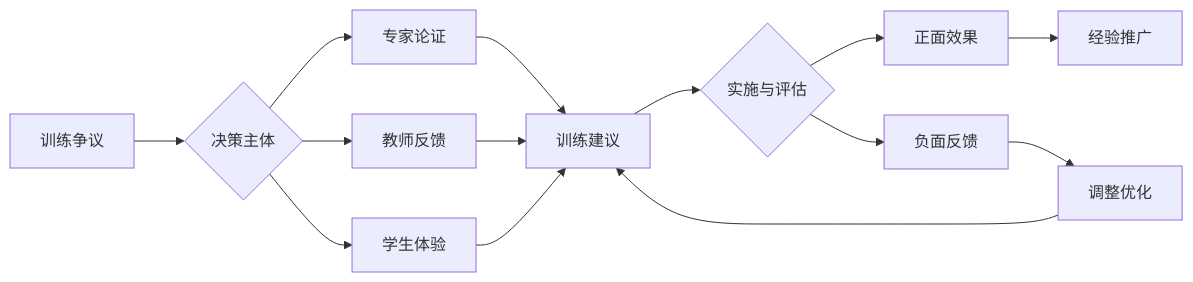
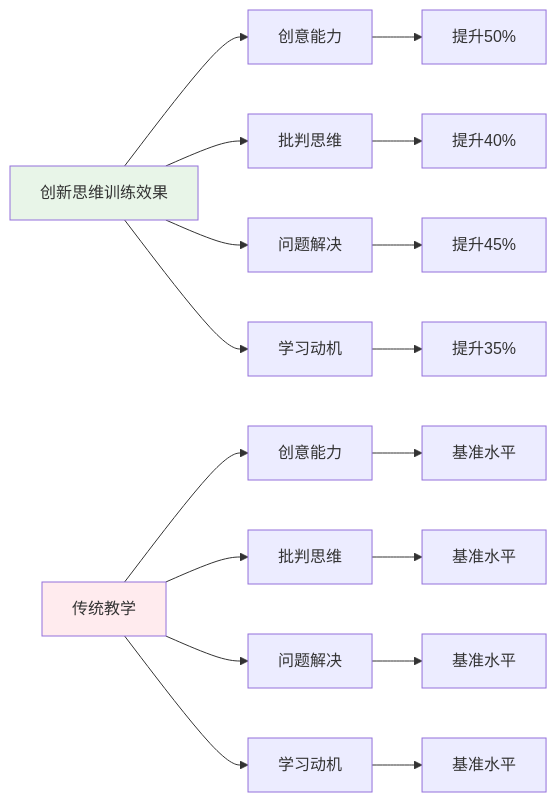
One commit to AdaMartin18010/SeniorEnducation changed the fifth of 7 diagrams in 03-应用实践领域/02-创新思维训练.md. Above: the diagram before and after it, drawn with Mermaid. The commit also changed other lines of this file and 16 other files, not shown here.

````diff
--- a/03-应用实践领域/02-创新思维训练.md
+++ b/03-应用实践领域/02-创新思维训练.md
@@ -210,16 +220,25 @@
 ```mermaid
 graph LR
-    A[训练争议] --> B{决策主体}
-    B --> C[专家论证]
-    B --> D[教师反馈]
-    B --> E[学生体验]
-    C --> F[训练建议]
-    D --> F
-    E --> F
-    F --> G{实施与评估}
-    G --> H[正面效果]
-    G --> I[负面反馈]
-    I --> J[调整优化]
-    H --> K[经验推广]
-    J --> F
+    A[创新思维训练效果] --> B[创意能力]
+    A --> C[批判思维]
+    A --> D[问题解决]
+    A --> E[学习动机]
+    
+    B --> B1[提升50%]
+    C --> C1[提升40%]
+    D --> D1[提升45%]
+    E --> E1[提升35%]
+    
+    F[传统教学] --> G[创意能力]
+    F --> H[批判思维]
+    F --> I[问题解决]
+    F --> J[学习动机]
+    
+    G --> G1[基准水平]
+    H --> H1[基准水平]
+    I --> I1[基准水平]
+    J --> J1[基准水平]
+    
+    style A fill:#e8f5e8
+    style F fill:#ffebee
 ```
````
